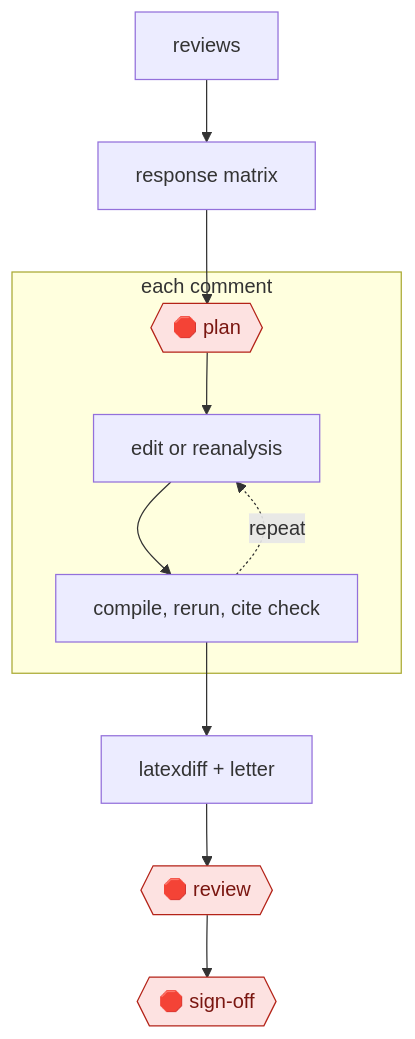
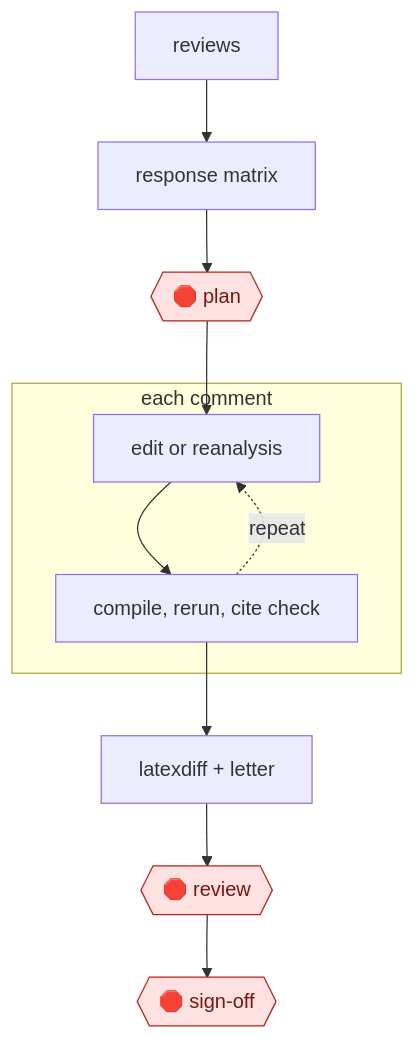
The diagram in workflows/PRO/RES/WRITE/reviewer-response-revision/README.md (milesradford99/agent-workflow-atlas), drawn with Mermaid before and after one commit. The commit also changed other lines of this file and 171 other files, not shown here.

````diff
--- a/workflows/PRO/RES/WRITE/reviewer-response-revision/README.md
+++ b/workflows/PRO/RES/WRITE/reviewer-response-revision/README.md
@@ -29,22 +29,22 @@
 ```mermaid
 flowchart TD
   n1["reviews"]
   n2["response matrix"]
-  n1 --> n2
   n3{{"🛑 plan"}}:::stop
-  n2 --> n3
   subgraph s4["each comment"]
   n5["edit or reanalysis"]
+  n6["compile, rerun, cite check"]
+  end
+  n7["latexdiff + letter"]
+  n8{{"🛑 review"}}:::stop
+  n9{{"🛑 sign-off"}}:::stop
+  n1 --> n2
+  n2 --> n3
   n3 --> n5
-  n6["compile, rerun, cite check"]
   n5 --> n6
   n6 -.->|repeat| n5
-  end
-  n7["latexdiff + letter"]
   n6 --> n7
-  n8{{"🛑 review"}}:::stop
   n7 --> n8
-  n9{{"🛑 sign-off"}}:::stop
   n8 --> n9
   classDef stop fill:#fde2e1,stroke:#b42318,color:#7a1610
 ```
````
